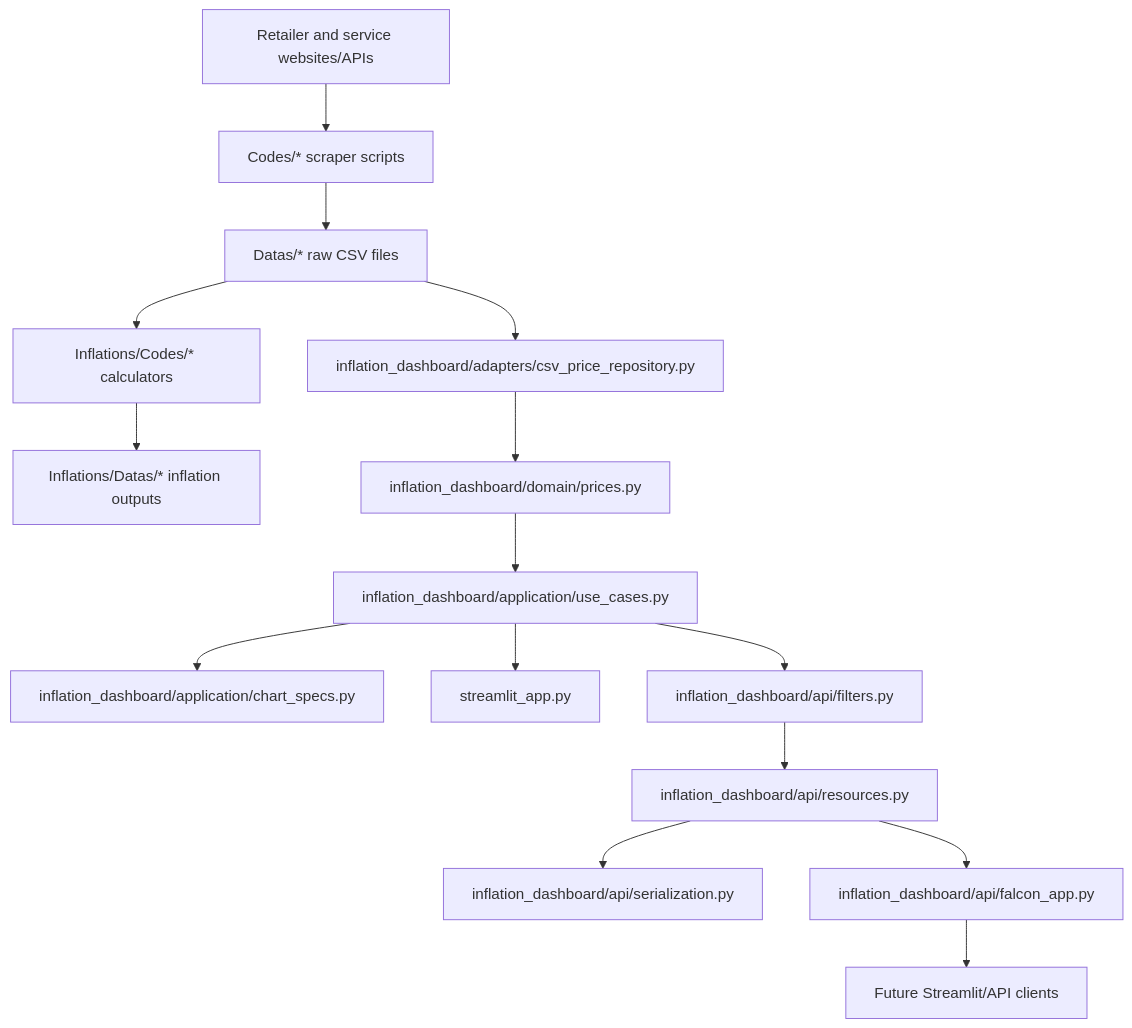
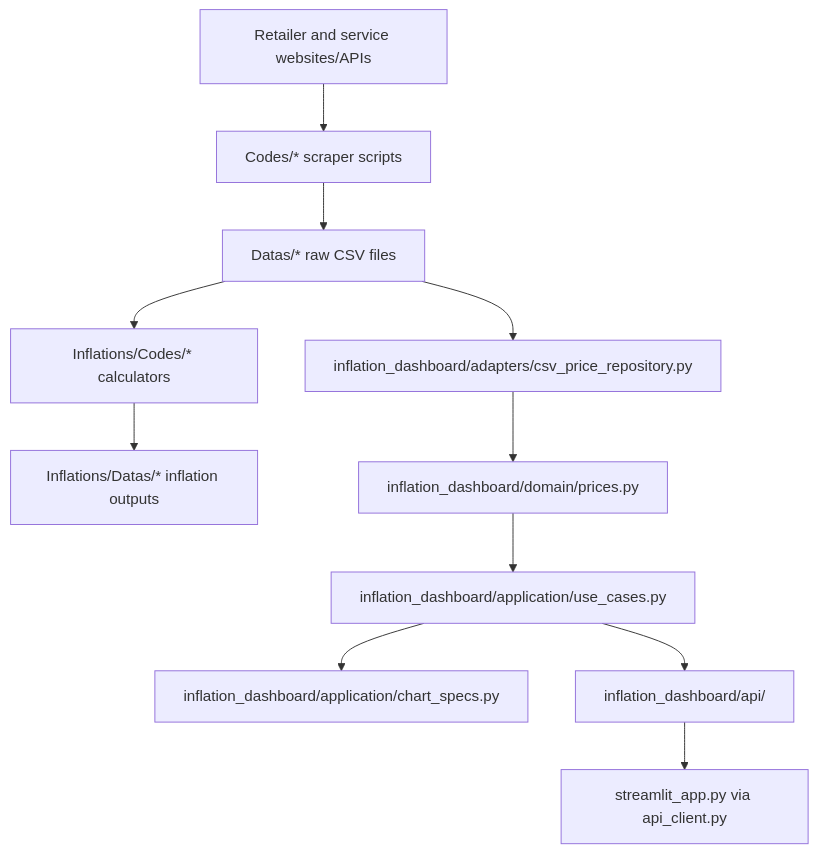
One commit to vinnipukh/inflationstudymirror changed the diagram in docs/ARCHITECTURE.md. Above: the diagram before and after it, drawn with Mermaid. The commit also changed other lines of this file and 14 other files, not shown here.

````diff
--- a/docs/ARCHITECTURE.md
+++ b/docs/ARCHITECTURE.md
@@ -15,18 +18,14 @@
 ```mermaid
 graph TD
     Sources[Retailer and service websites/APIs] --> Scrapers[Codes/* scraper scripts]
     Scrapers --> RawCSV[Datas/* raw CSV files]
     RawCSV --> Calculators[Inflations/Codes/* calculators]
     Calculators --> InflationCSV[Inflations/Datas/* inflation outputs]
 
     RawCSV --> CSVAdapter[inflation_dashboard/adapters/csv_price_repository.py]
     CSVAdapter --> Domain[inflation_dashboard/domain/prices.py]
     Domain --> UseCases[inflation_dashboard/application/use_cases.py]
     UseCases --> ChartSpecs[inflation_dashboard/application/chart_specs.py]
-    UseCases --> Streamlit[streamlit_app.py]
-    UseCases --> ApiFilters[inflation_dashboard/api/filters.py]
-    ApiFilters --> ApiResources[inflation_dashboard/api/resources.py]
-    ApiResources --> ApiSerialization[inflation_dashboard/api/serialization.py]
-    ApiResources --> FalconApp[inflation_dashboard/api/falcon_app.py]
-    FalconApp --> HttpClients[Future Streamlit/API clients]
+    UseCases --> FalconAPI[inflation_dashboard/api/]
+    FalconAPI --> Streamlit[streamlit_app.py via api_client.py]
 ```
````
